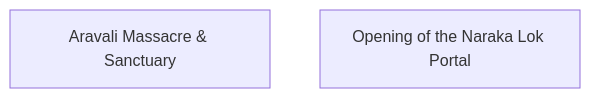
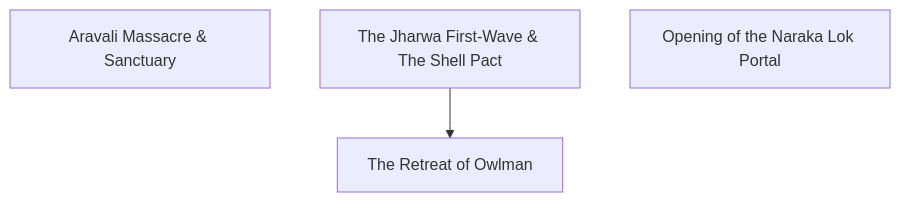
The third of 5 diagrams in docs/atlas.md (lordlebu/SouthOfTethys), drawn with Mermaid before and after one commit. The commit also changed other lines of this file and 20 other files, not shown here.

````diff
--- a/docs/atlas.md
+++ b/docs/atlas.md
@@ -91,5 +93,8 @@
 ```mermaid
 graph TD
     E0["Aravali Massacre & Sanctuary"]
-    E1["Opening of the Naraka Lok Portal"]
+    E1["The Jharwa First-Wave & The Shell Pact"]
+    E2["Opening of the Naraka Lok Portal"]
+    E3["The Retreat of Owlman"]
+    E1 --> E3
 ```
````
